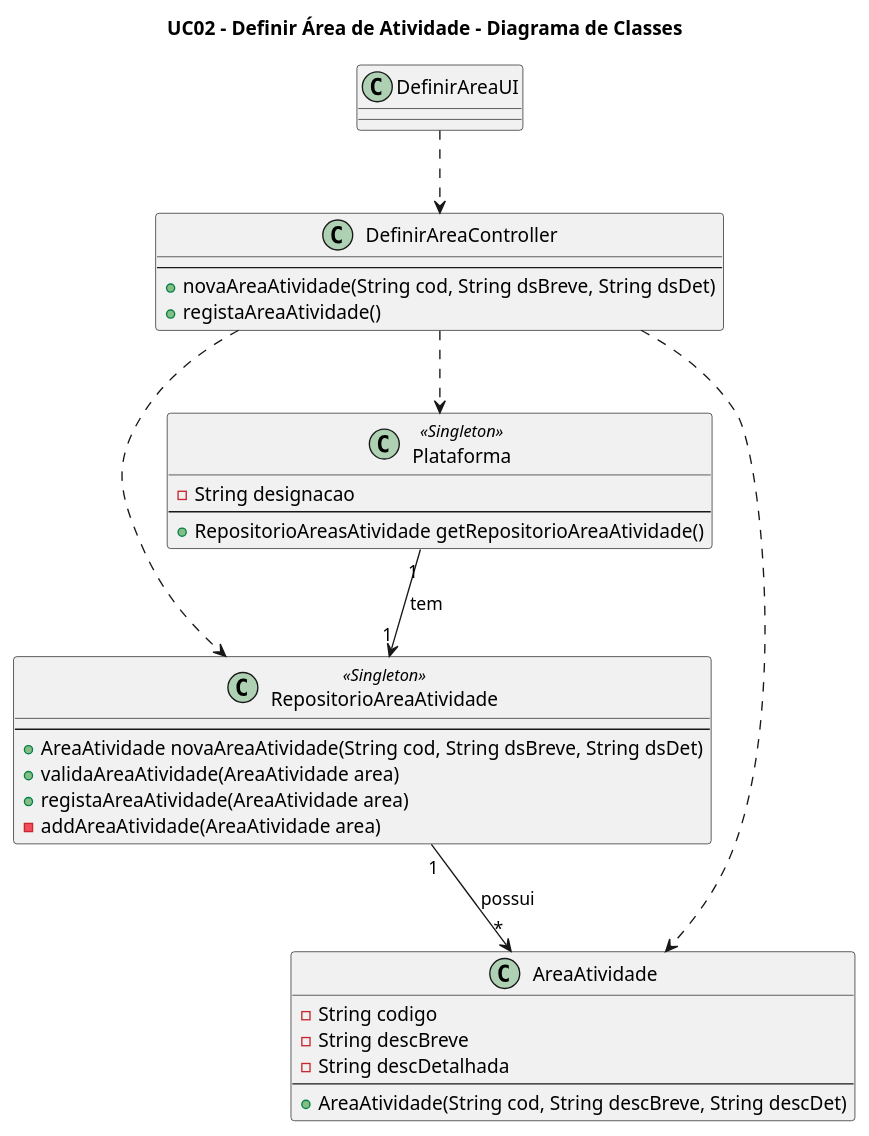
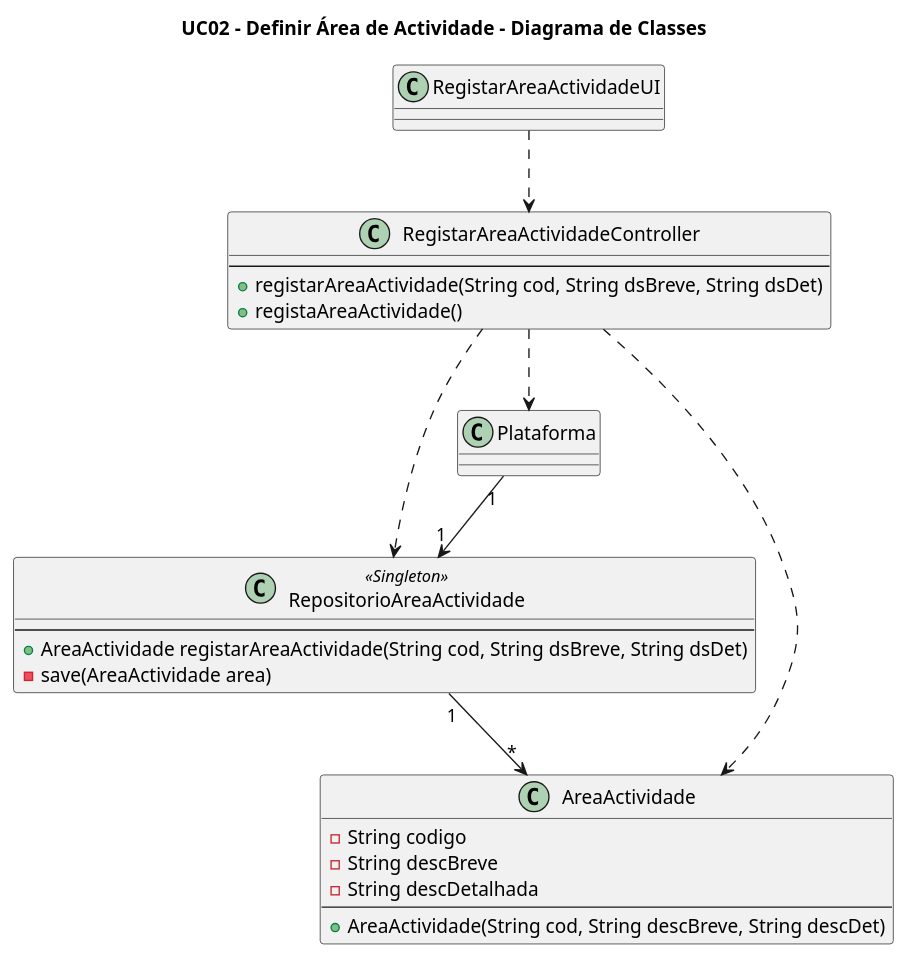
The diagram in Documentação/Sprint 2/UC02_Definir_Area_Atividade/UC02_Definir_Area_Atividade_DC.puml (blestonbandeiraUPSKILL/upskill_java1_labprg_grupo2), drawn with PlantUML before and after one commit. The commit also changed 7 other files, not shown here.

```diff
--- a/Documentação/Sprint 2/UC02_Definir_Area_Atividade/UC02_Definir_Area_Atividade_DC.puml
+++ b/Documentação/Sprint 2/UC02_Definir_Area_Atividade/UC02_Definir_Area_Atividade_DC.puml
@@ -1,42 +1,35 @@
 @startuml
-title UC02 - Definir Área de Atividade - Diagrama de Classes
+title UC02 - Definir Área de Actividade - Diagrama de Classes
 
-class DefinirAreaUI {
+class RegistarAreaActividadeUI {
 }
 
-class DefinirAreaController {
+class RegistarAreaActividadeController {
     --
-    +novaAreaAtividade(String cod, String dsBreve, String dsDet)
-    +registaAreaAtividade()
+    +registarAreaActividade(String cod, String dsBreve, String dsDet)
+    +registaAreaActividade()
 }
 
-class RepositorioAreaAtividade <<Singleton>>{
+class RepositorioAreaActividade <<Singleton>>{
     --
-    +AreaAtividade novaAreaAtividade(String cod, String dsBreve, String dsDet)
-    +validaAreaAtividade(AreaAtividade area)
-    +registaAreaAtividade(AreaAtividade area)
-    -addAreaAtividade(AreaAtividade area)
+    +AreaActividade registarAreaActividade(String cod, String dsBreve, String dsDet)
+    -save(AreaActividade area)
     }
 
-class Plataforma <<Singleton>>{
-    -String designacao
-    --
-    +RepositorioAreasAtividade getRepositorioAreaAtividade()
-}
 
-class AreaAtividade {
+class AreaActividade {
     -String codigo
     -String descBreve
     -String descDetalhada
     --
-    +AreaAtividade(String cod, String descBreve, String descDet)
+    +AreaActividade(String cod, String descBreve, String descDet)
 }
 
-DefinirAreaUI ..> DefinirAreaController
-DefinirAreaController ..> AreaAtividade
-DefinirAreaController ..> Plataforma
-DefinirAreaController ..> RepositorioAreaAtividade
-Plataforma "1"-->"1" RepositorioAreaAtividade : tem
-RepositorioAreaAtividade "1"-->"*" AreaAtividade : possui
+RegistarAreaActividadeUI ..> RegistarAreaActividadeController
+RegistarAreaActividadeController ..> AreaActividade
+RegistarAreaActividadeController ..> Plataforma
+RegistarAreaActividadeController ..> RepositorioAreaActividade
+Plataforma "1"-->"1" RepositorioAreaActividade 
+RepositorioAreaActividade "1"-->"*" AreaActividade
 
 @enduml
```
